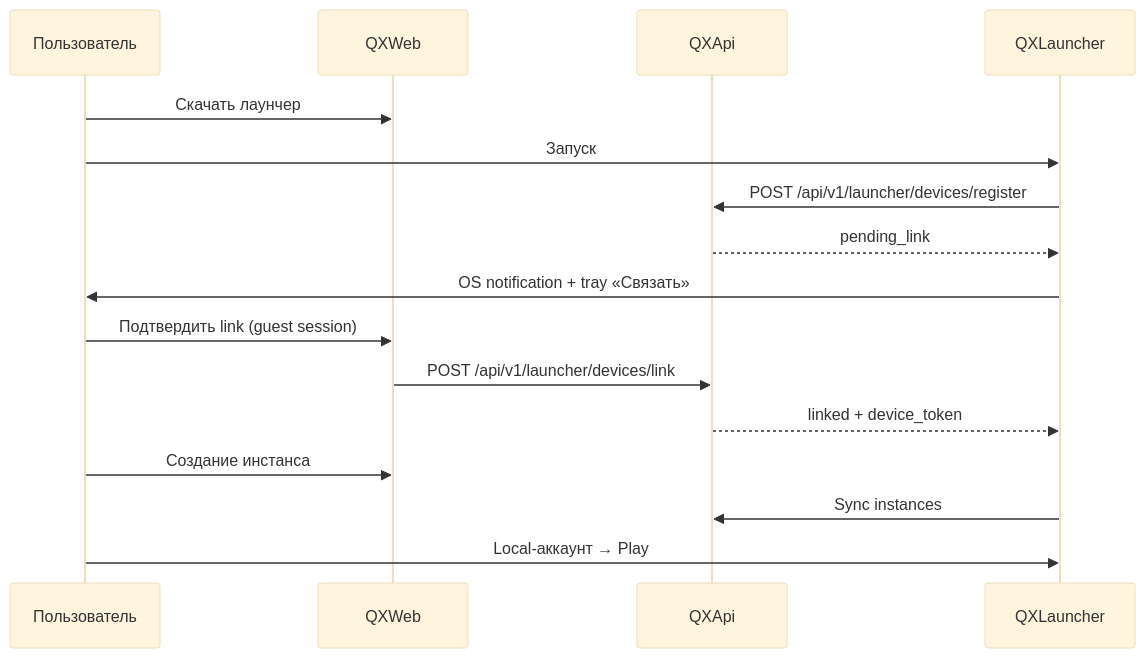
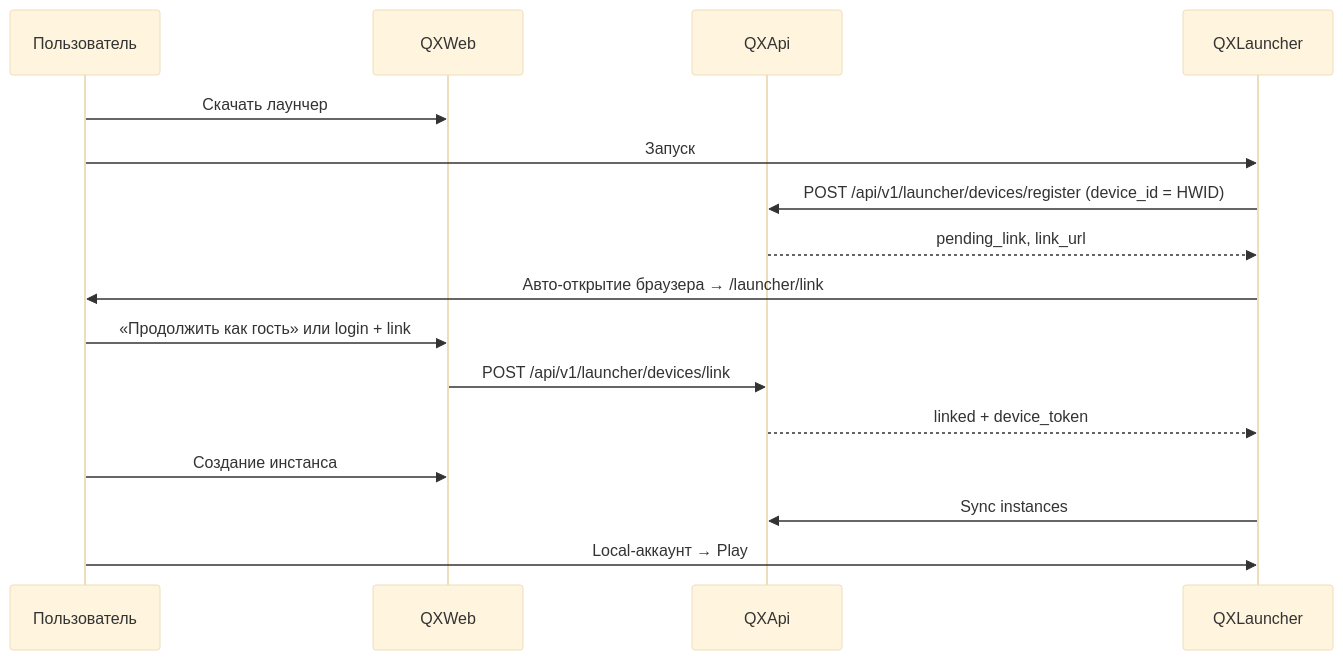
The second of 16 diagrams in docs/architecture.md (mindevis/qx-project), drawn with Mermaid (base theme) before and after one commit. The commit also changed other lines of this file and 108 other files, not shown here.

First line of the commit message:
Migrate dev config to TOML, HWID device linking, and sync docs.

````diff
--- a/docs/architecture.md
+++ b/docs/architecture.md
@@ -124,19 +125,19 @@
 ```mermaid
 sequenceDiagram
     participant U as Пользователь
     participant Web as QXWeb
     participant API as QXApi
     participant L as QXLauncher
 
     U->>Web: Скачать лаунчер
     U->>L: Запуск
-    L->>API: POST /api/v1/launcher/devices/register
-    API-->>L: pending_link
-    L->>U: OS notification + tray «Связать»
-    U->>Web: Подтвердить link (guest session)
+    L->>API: POST /api/v1/launcher/devices/register (device_id = HWID)
+    API-->>L: pending_link, link_url
+    L->>U: Авто-открытие браузера → /launcher/link
+    U->>Web: «Продолжить как гость» или login + link
     Web->>API: POST /api/v1/launcher/devices/link
     API-->>L: linked + device_token
     U->>Web: Создание инстанса
     L->>API: Sync instances
     U->>L: Local-аккаунт → Play
 ```
````
